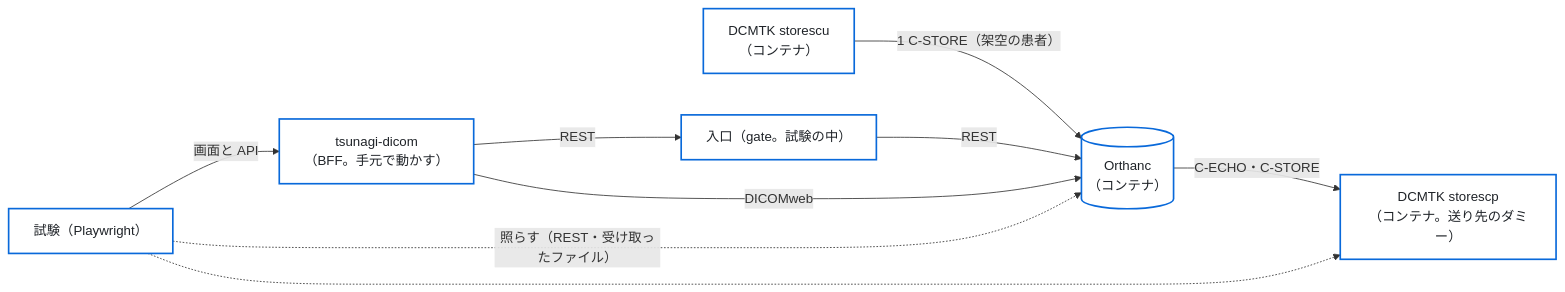
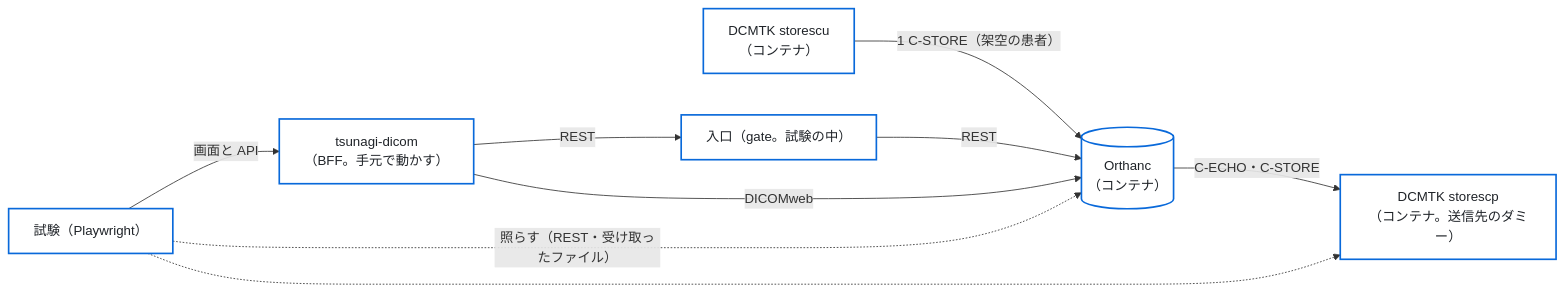
The diagram in docs/integration-test.md (jeysunit/tsunagi-dicom), drawn with Mermaid before and after one commit. The commit also changed other lines of this file and 4 other files, not shown here.

````diff
--- a/docs/integration-test.md
+++ b/docs/integration-test.md
@@ -13,20 +13,20 @@
 ```mermaid
 flowchart LR
   classDef box fill:#ffffff,stroke:#0969da,stroke-width:2px,color:#1f2328
 
   T["試験（Playwright）"]:::box
   BFF["tsunagi-dicom<br/>（BFF。手元で動かす）"]:::box
   G["入口（gate。試験の中）"]:::box
   OR[("Orthanc<br/>（コンテナ）")]:::box
   SCU["DCMTK storescu<br/>（コンテナ）"]:::box
-  SCP["DCMTK storescp<br/>（コンテナ。送り先のダミー）"]:::box
+  SCP["DCMTK storescp<br/>（コンテナ。送信先のダミー）"]:::box
 
   SCU -->|"1 C-STORE（架空の患者）"| OR
   T -->|"画面と API"| BFF
   BFF -->|"REST"| G
   G -->|"REST"| OR
   BFF -->|"DICOMweb"| OR
   OR -->|"C-ECHO・C-STORE"| SCP
   T -.->|"照らす（REST・受け取ったファイル）"| OR
   T -.-> SCP
 ```
````
